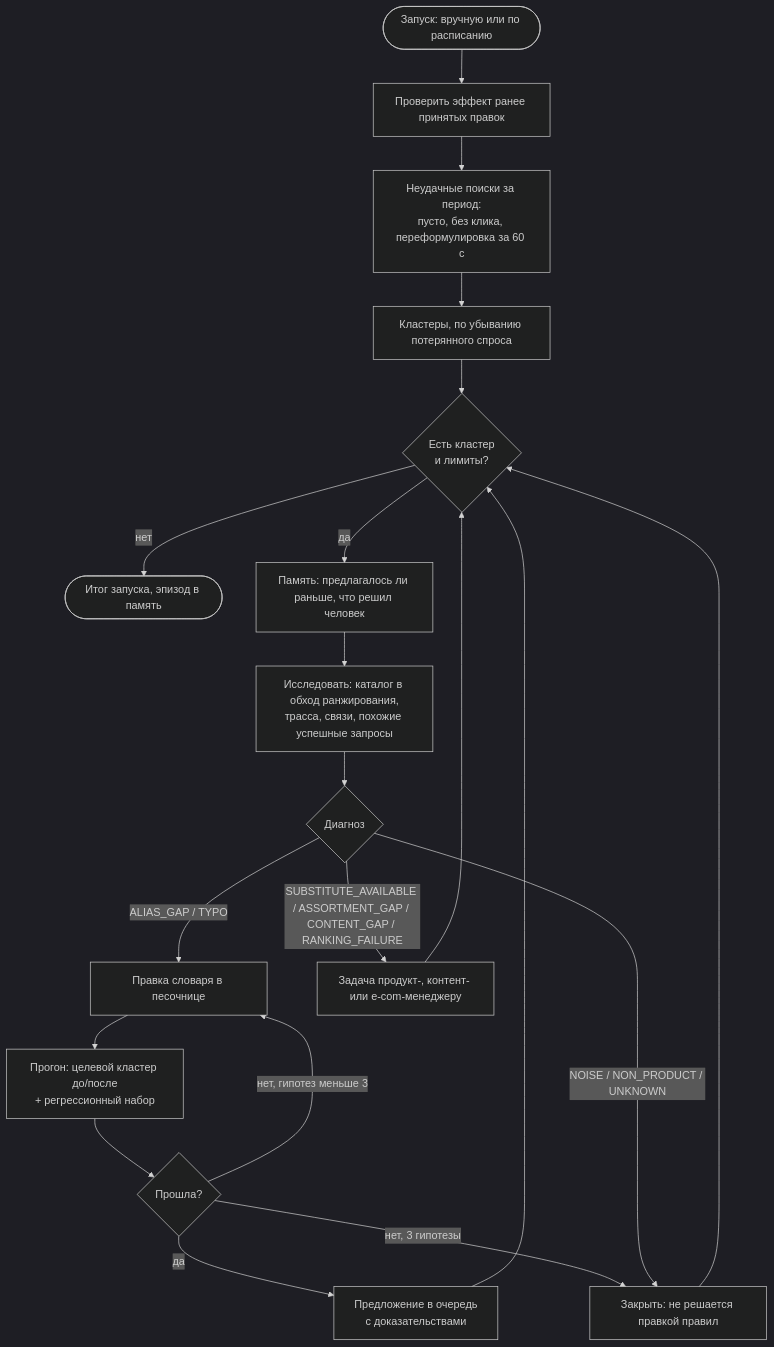
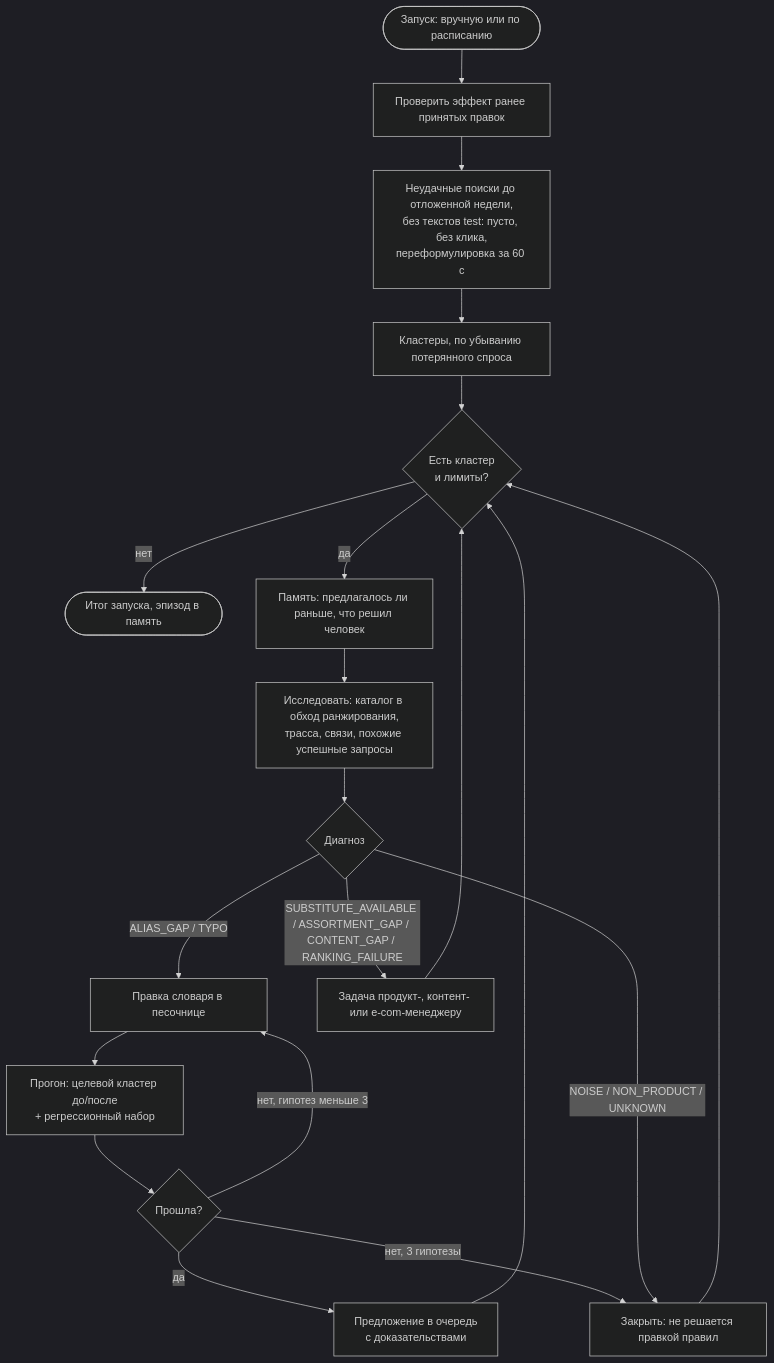
One commit to olegator-rus/rokotovka-plexet-kuznitsa changed the third of 4 diagrams in docs/ARCHITECTURE.md. Above: the diagram before and after it, drawn with Mermaid (dark theme). The commit also changed other lines of this file and 57 other files, not shown here.

````diff
--- a/docs/ARCHITECTURE.md
+++ b/docs/ARCHITECTURE.md
@@ -150,22 +160,22 @@
 ```mermaid
 flowchart TD
     start([Запуск: вручную или по расписанию]) --> verify[Проверить эффект ранее принятых правок]
-    verify --> failed[Неудачные поиски за период:<br/>пусто, без клика, переформулировка за 60 с]
+    verify --> failed[Неудачные поиски до отложенной недели,<br/>без текстов test: пусто, без клика,<br/>переформулировка за 60 с]
     failed --> clusters[Кластеры, по убыванию потерянного спроса]
     clusters --> next{Есть кластер<br/>и лимиты?}
     next -- нет --> finish([Итог запуска, эпизод в память])
     next -- да --> memory[Память: предлагалось ли раньше, что решил человек]
     memory --> explore[Исследовать: каталог в обход ранжирования,<br/>трасса, связи, похожие успешные запросы]
     explore --> diag{Диагноз}
     diag -- ALIAS_GAP / TYPO --> patch[Правка словаря в песочнице]
     patch --> run[Прогон: целевой кластер до/после<br/>+ регрессионный набор]
     run --> pass{Прошла?}
     pass -- да --> queue[Предложение в очередь<br/>с доказательствами]
     pass -- нет, гипотез меньше 3 --> patch
     pass -- нет, 3 гипотезы --> close[Закрыть: не решается правкой правил]
     diag -- SUBSTITUTE_AVAILABLE / ASSORTMENT_GAP / CONTENT_GAP / RANKING_FAILURE --> ticket[Задача продукт-, контент- или e-com-менеджеру]
     diag -- NOISE / NON_PRODUCT / UNKNOWN --> close
     queue --> next
     ticket --> next
     close --> next
 ```
````
